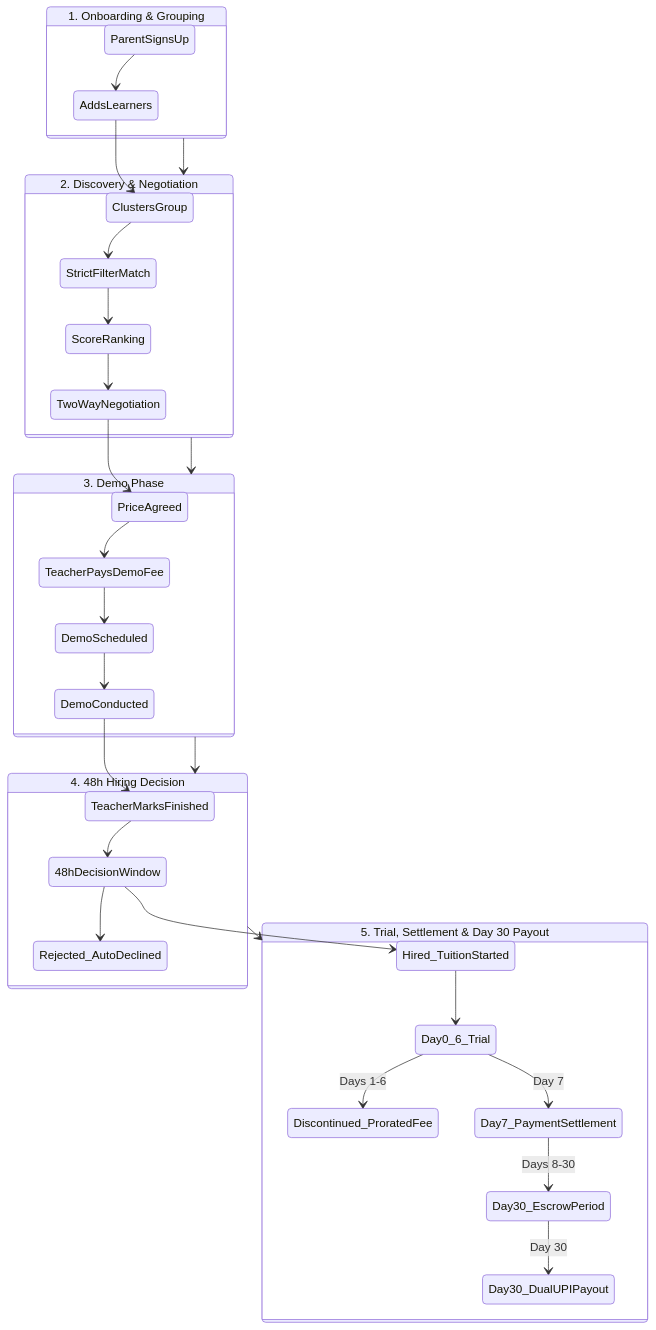
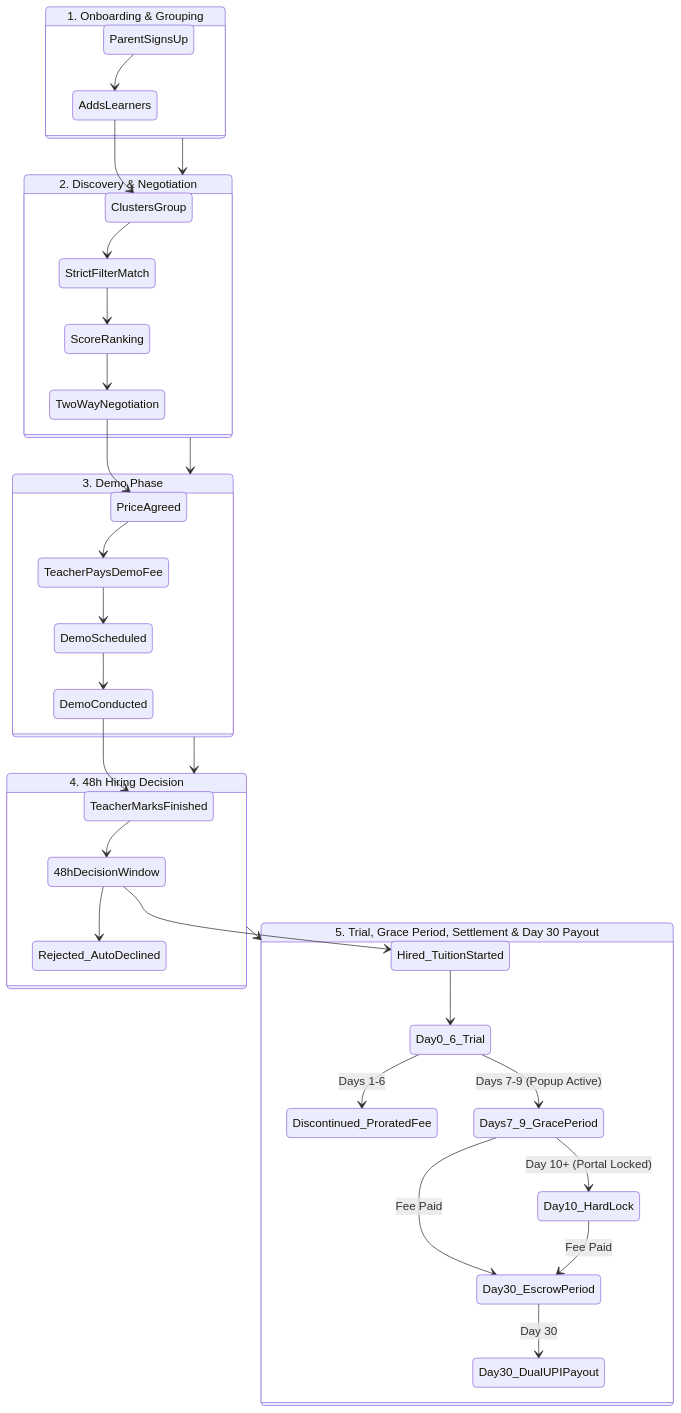
The first of 2 diagrams in README.md (Nikhil4002-50-82/Mi-Tutora), drawn with Mermaid before and after one commit. The commit also changed other lines of this file and 10 other files, not shown here.

````diff
--- a/README.md
+++ b/README.md
@@ -32,40 +32,42 @@
 ```mermaid
 stateDiagram-v2
     state "1. Onboarding & Grouping" as Phase1 {
         ParentSignsUp --> AddsLearners
         AddsLearners --> ClustersGroup
     }
     
     state "2. Discovery & Negotiation" as Phase2 {
         ClustersGroup --> StrictFilterMatch
         StrictFilterMatch --> ScoreRanking
         ScoreRanking --> TwoWayNegotiation
         TwoWayNegotiation --> PriceAgreed
     }
     
     state "3. Demo Phase" as Phase3 {
         PriceAgreed --> TeacherPaysDemoFee
         TeacherPaysDemoFee --> DemoScheduled
         DemoScheduled --> DemoConducted
         DemoConducted --> TeacherMarksFinished
     }
     
     state "4. 48h Hiring Decision" as Phase4 {
         TeacherMarksFinished --> 48hDecisionWindow
         48hDecisionWindow --> Hired_TuitionStarted
         48hDecisionWindow --> Rejected_AutoDeclined
     }
     
-    state "5. Trial, Settlement & Day 30 Payout" as Phase5 {
+    state "5. Trial, Grace Period, Settlement & Day 30 Payout" as Phase5 {
         Hired_TuitionStarted --> Day0_6_Trial
         Day0_6_Trial --> Discontinued_ProratedFee : Days 1-6
-        Day0_6_Trial --> Day7_PaymentSettlement : Day 7
-        Day7_PaymentSettlement --> Day30_EscrowPeriod : Days 8-30
+        Day0_6_Trial --> Days7_9_GracePeriod : Days 7-9 (Popup Active)
+        Days7_9_GracePeriod --> Day10_HardLock : Day 10+ (Portal Locked)
+        Days7_9_GracePeriod --> Day30_EscrowPeriod : Fee Paid
+        Day10_HardLock --> Day30_EscrowPeriod : Fee Paid
         Day30_EscrowPeriod --> Day30_DualUPIPayout : Day 30
     }
 
     Phase1 --> Phase2
     Phase2 --> Phase3
     Phase3 --> Phase4
     Phase4 --> Phase5
 ```
````
